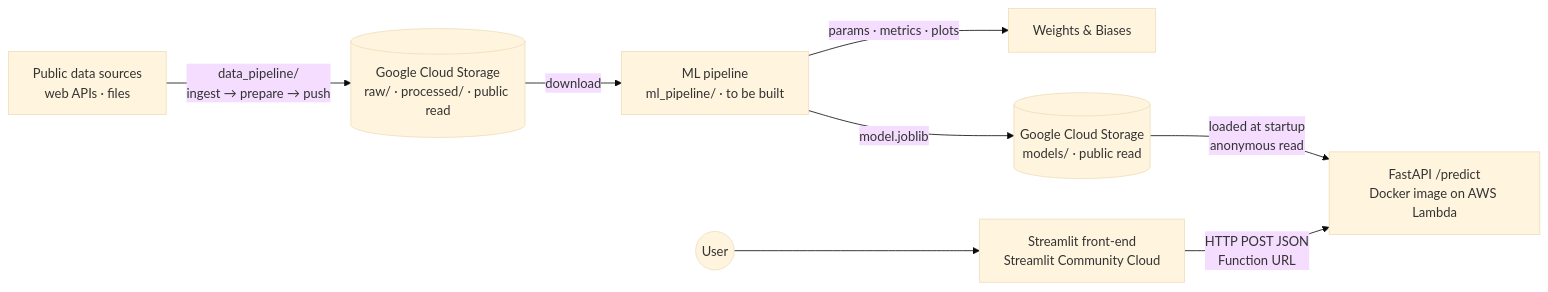
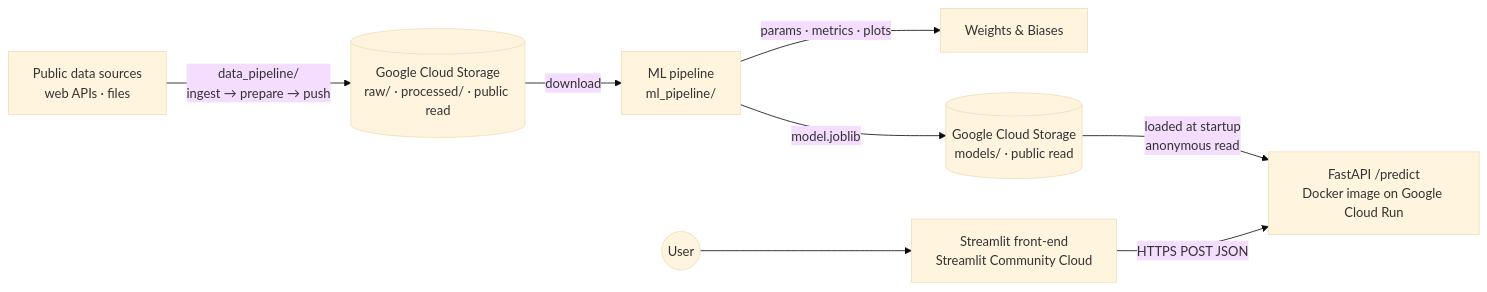
Before and after one commit to haydn-s/climate-impact-pipeline: the diagram in README.md, drawn with Mermaid (base theme). The commit also changed other lines of this file and 1 other file, not shown here.

First line of the commit message:
docs: document the weather dataset, Cloud Run deploy, and front-end

````diff
--- a/README.md
+++ b/README.md
@@ -78,10 +85,10 @@
 ```mermaid
 flowchart LR
     SRC[Public data sources<br/>web APIs · files] -->|data_pipeline/<br/>ingest → prepare → push| STORED[(Google Cloud Storage<br/>raw/ · processed/ · public read)]
-    STORED -->|download| TRAIN[ML pipeline<br/>ml_pipeline/ · to be built]
+    STORED -->|download| TRAIN[ML pipeline<br/>ml_pipeline/]
     TRAIN -->|params · metrics · plots| WB[Weights & Biases]
     TRAIN -->|model.joblib| STOREM[(Google Cloud Storage<br/>models/ · public read)]
-    STOREM -->|loaded at startup<br/>anonymous read| API[FastAPI /predict<br/>Docker image on AWS Lambda]
-    UI[Streamlit front-end<br/>Streamlit Community Cloud] -->|HTTP POST JSON<br/>Function URL| API
+    STOREM -->|loaded at startup<br/>anonymous read| API[FastAPI /predict<br/>Docker image on Google Cloud Run]
+    UI[Streamlit front-end<br/>Streamlit Community Cloud] -->|HTTPS POST JSON| API
     USER((User)) --> UI
 ```
````
